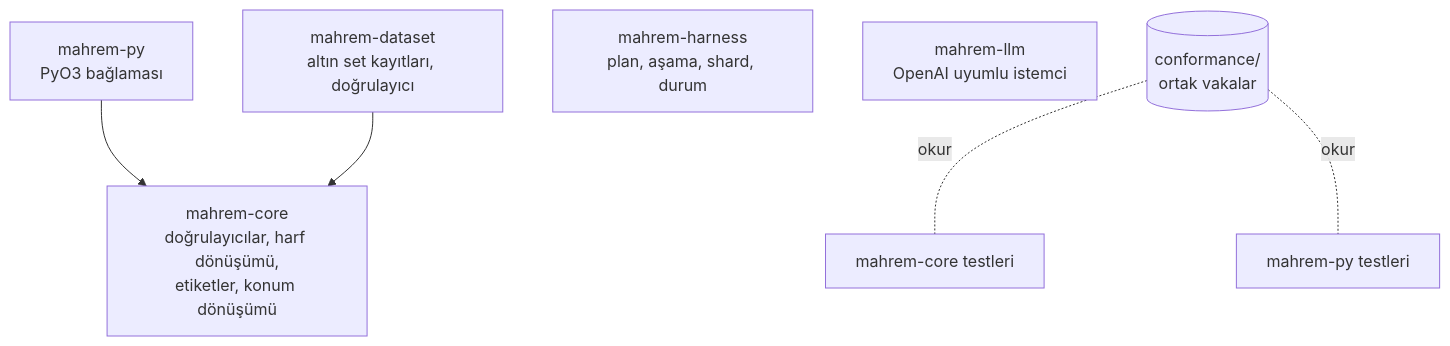
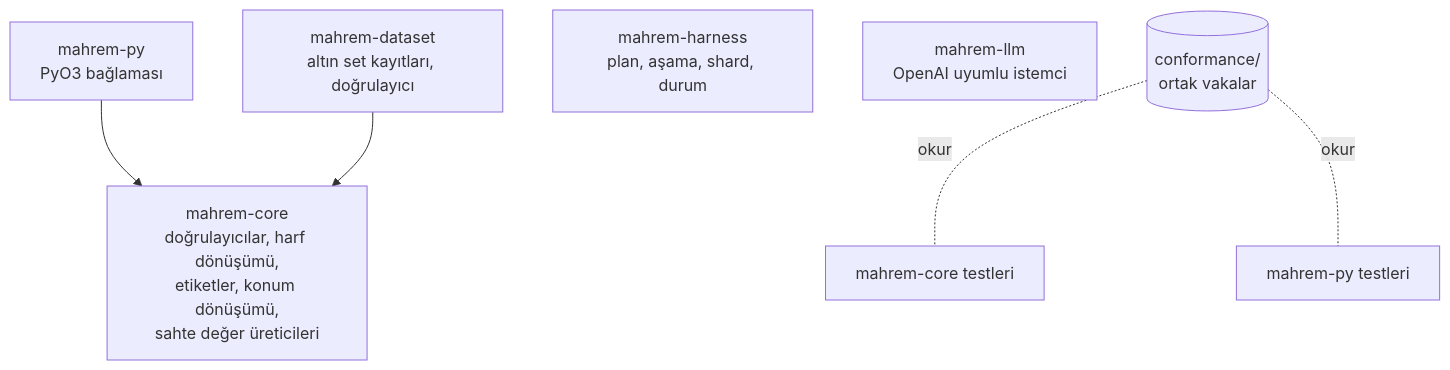
The diagram in docs/architecture.md (thebozturk/mahrem), drawn with Mermaid before and after one commit. The commit also changed other lines of this file and 14 other files, not shown here.

First line of the commit message:
feat: seeded fake value generators in mahrem-core

````diff
--- a/docs/architecture.md
+++ b/docs/architecture.md
@@ -7,9 +7,9 @@
 ```mermaid
 flowchart TD
-    Py["mahrem-py<br/>PyO3 bağlaması"] --> Core["mahrem-core<br/>doğrulayıcılar, harf dönüşümü,<br/>etiketler, konum dönüşümü"]
+    Py["mahrem-py<br/>PyO3 bağlaması"] --> Core["mahrem-core<br/>doğrulayıcılar, harf dönüşümü,<br/>etiketler, konum dönüşümü,<br/>sahte değer üreticileri"]
     Dataset["mahrem-dataset<br/>altın set kayıtları, doğrulayıcı"] --> Core
     Harness["mahrem-harness<br/>plan, aşama, shard, durum"]
     Llm["mahrem-llm<br/>OpenAI uyumlu istemci"]
     Conf[("conformance/<br/>ortak vakalar")] -. "okur" .- CoreTest["mahrem-core testleri"]
     Conf -. "okur" .- PyTest["mahrem-py testleri"]
 ```
````
